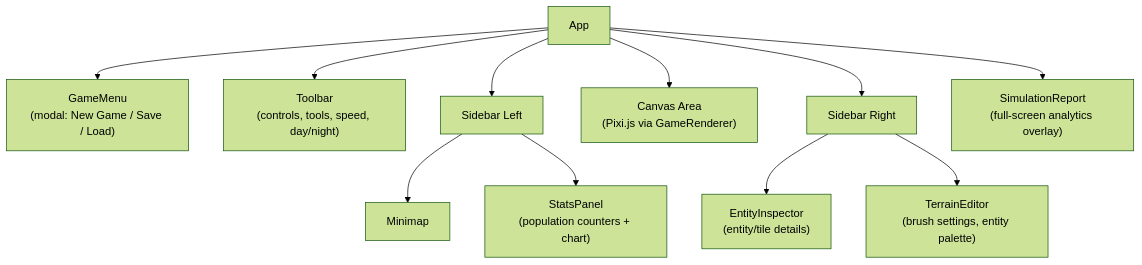
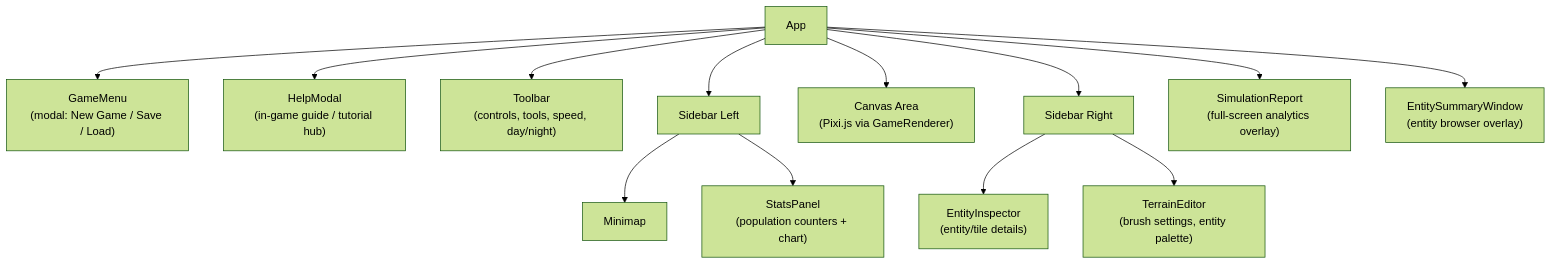
One commit to andrenepomuceno/BiomeSimulator changed the sixth of 6 diagrams in docs/architecture.md. Above: the diagram before and after it, drawn with Mermaid (forest theme). The commit also changed other lines of this file and 6 other files, not shown here.

Commit message:
Add in-game help modal and unify App modal state

````diff
--- a/docs/architecture.md
+++ b/docs/architecture.md
@@ -313,14 +313,16 @@
 ```mermaid
 graph TD
     App["App"]
     App --> GameMenu["GameMenu\n(modal: New Game / Save / Load)"]
+  App --> HelpModal["HelpModal\n(in-game guide / tutorial hub)"]
     App --> Toolbar["Toolbar\n(controls, tools, speed, day/night)"]
     App --> SL["Sidebar Left"]
     SL --> Minimap
     SL --> StatsPanel["StatsPanel\n(population counters + chart)"]
     App --> Canvas["Canvas Area\n(Pixi.js via GameRenderer)"]
     App --> SR["Sidebar Right"]
     SR --> EntityInspector["EntityInspector\n(entity/tile details)"]
     SR --> TerrainEditor["TerrainEditor\n(brush settings, entity palette)"]
     App --> SimReport["SimulationReport\n(full-screen analytics overlay)"]
+    App --> EntitySummary["EntitySummaryWindow\n(entity browser overlay)"]
 ```
````
